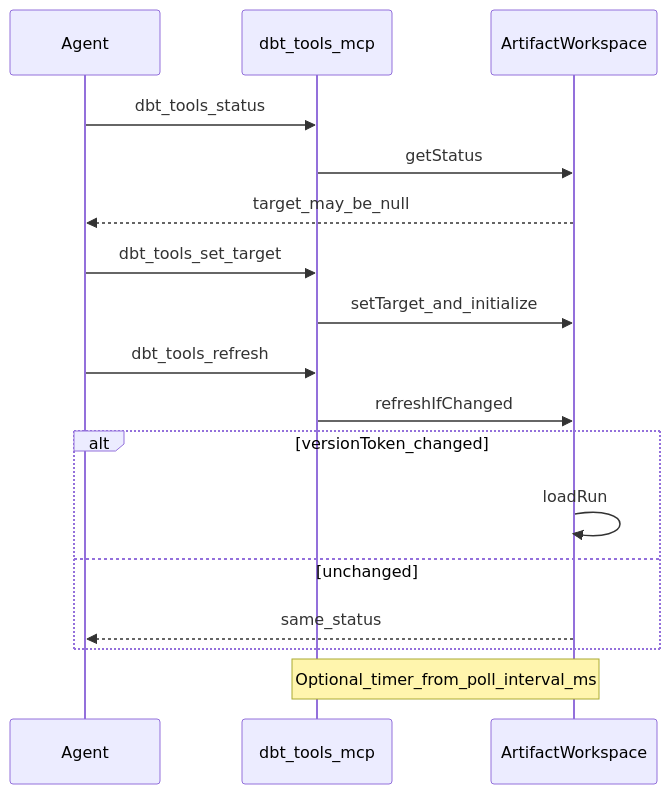
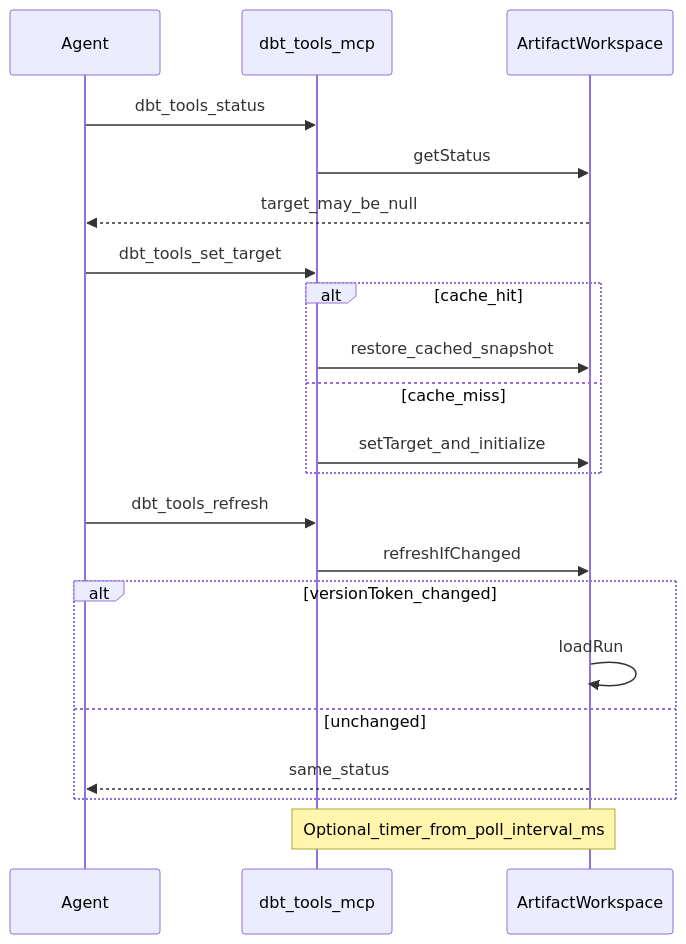
The diagram in packages/mcp/REFERENCE.md (yu-iskw/dbt-tools-ts), drawn with Mermaid before and after one commit. The commit also changed other lines of this file and 30 other files, not shown here.

First line of the commit message:
feat(mcp): multi-target artifact cache; release 0.6.3

````diff
--- a/packages/mcp/REFERENCE.md
+++ b/packages/mcp/REFERENCE.md
@@ -148,19 +152,23 @@
 ```mermaid
 sequenceDiagram
   participant Agent
   participant MCP as dbt_tools_mcp
   participant WS as ArtifactWorkspace
   Agent->>MCP: dbt_tools_status
   MCP->>WS: getStatus
   WS-->>Agent: target_may_be_null
   Agent->>MCP: dbt_tools_set_target
-  MCP->>WS: setTarget_and_initialize
+  alt cache_hit
+    MCP->>WS: restore_cached_snapshot
+  else cache_miss
+    MCP->>WS: setTarget_and_initialize
+  end
   Agent->>MCP: dbt_tools_refresh
   MCP->>WS: refreshIfChanged
   alt versionToken_changed
     WS->>WS: loadRun
   else unchanged
     WS-->>Agent: same_status
   end
   Note over MCP,WS: Optional_timer_from_poll_interval_ms
 ```
````
